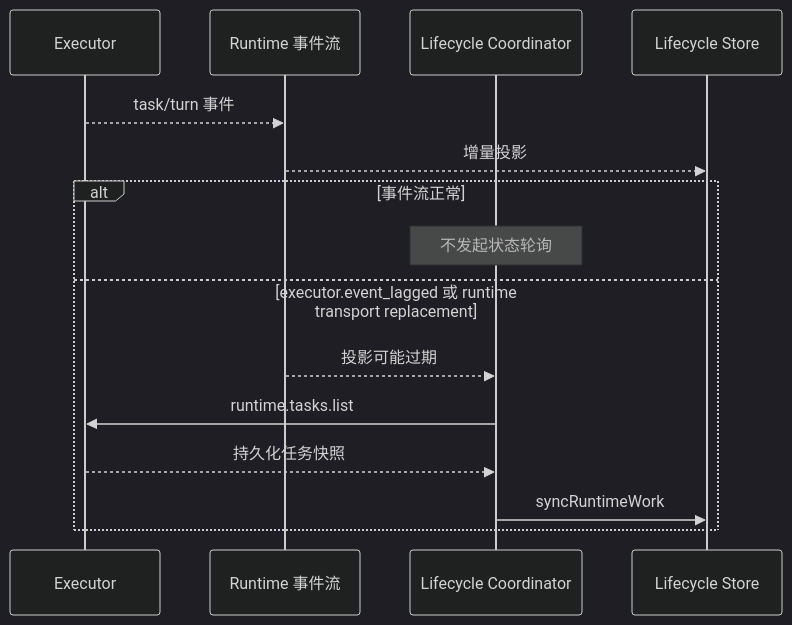
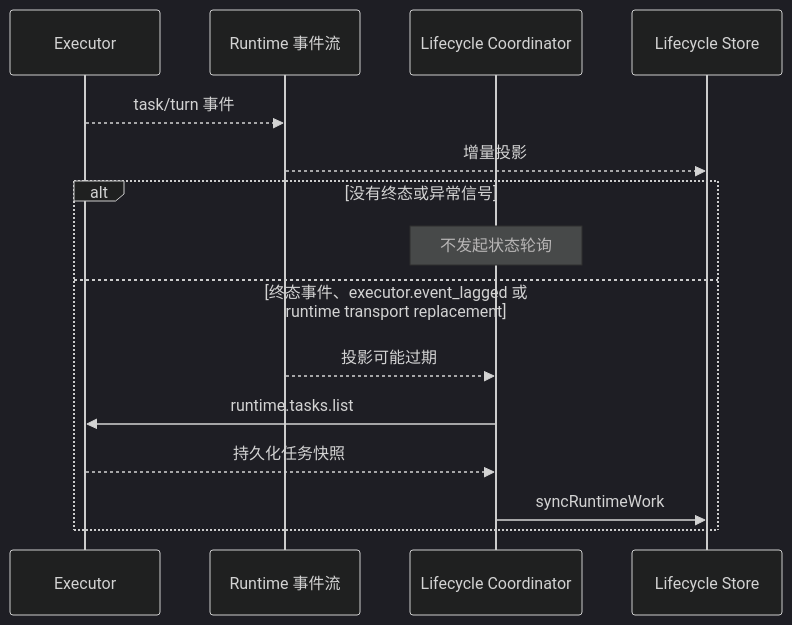
Before and after one commit to wecode-ai/Wegent: the second of 2 diagrams in docs/zh/architecture/runtime-task-lifecycle-reconciliation.md, drawn with Mermaid (dark theme). The commit also changed other lines of this file and 5 other files, not shown here.

````diff
--- a/docs/zh/architecture/runtime-task-lifecycle-reconciliation.md
+++ b/docs/zh/architecture/runtime-task-lifecycle-reconciliation.md
@@ -26,18 +26,18 @@
 ```mermaid
 sequenceDiagram
     participant E as Executor
     participant S as Runtime 事件流
     participant C as Lifecycle Coordinator
     participant L as Lifecycle Store
 
     E-->>S: task/turn 事件
     S-->>L: 增量投影
-    alt 事件流正常
+    alt 没有终态或异常信号
         Note over C: 不发起状态轮询
-    else executor.event_lagged 或 runtime transport replacement
+    else 终态事件、executor.event_lagged 或 runtime transport replacement
         S-->>C: 投影可能过期
         C->>E: runtime.tasks.list
         E-->>C: 持久化任务快照
         C->>L: syncRuntimeWork
     end
 ```
````
